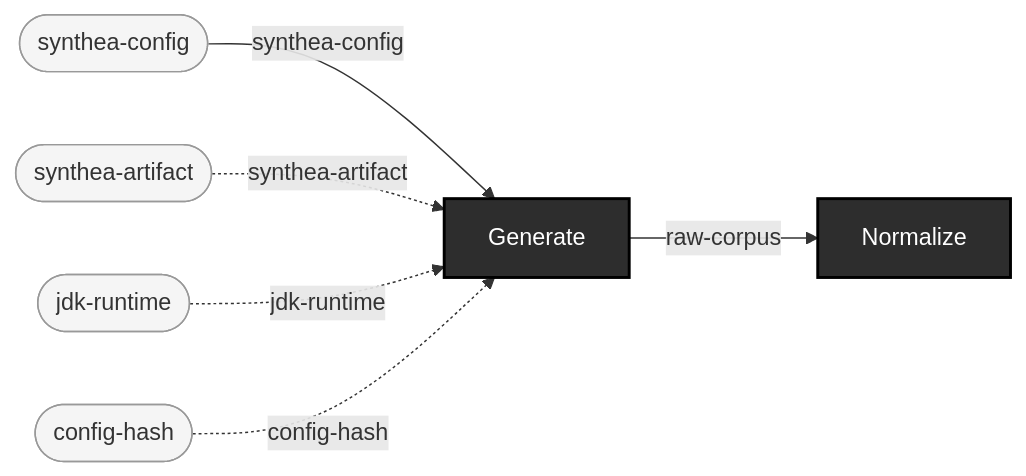
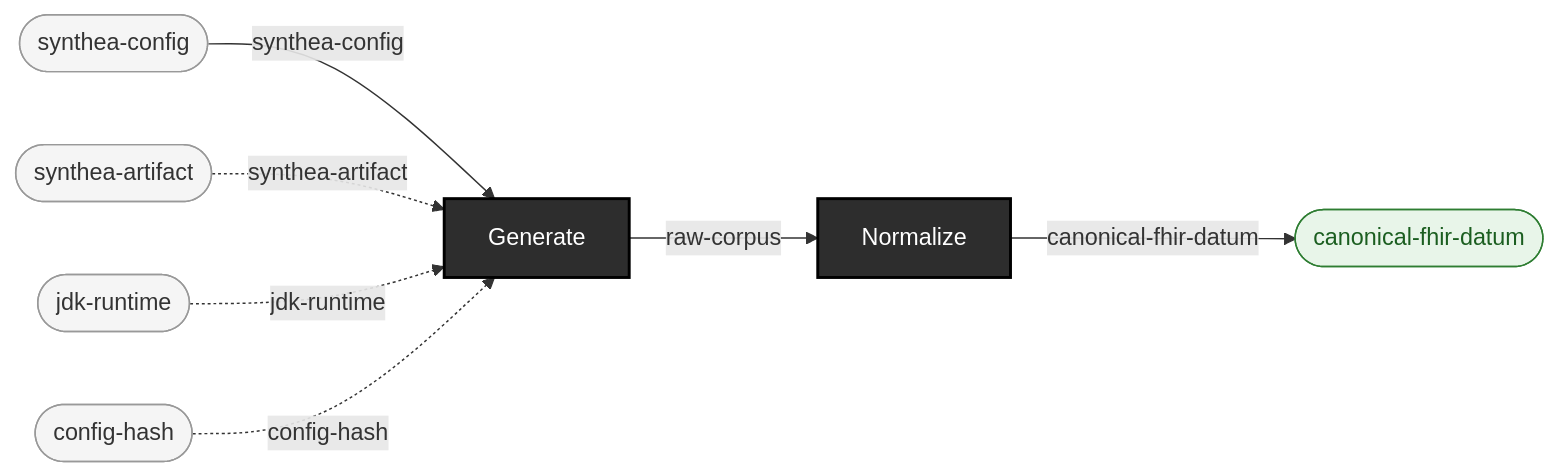
Before and after one commit to pragsmike/ehr-testing-tools: the diagram in docs/use-cases/generate-conforming-data.md, drawn with Mermaid. The commit also changed 21 other files, not shown here.

First line of the commit message:
docs: regenerate use-case pages and pipeline diagram with result nodes (mechanical, zero hand edits)

````diff
--- a/docs/use-cases/generate-conforming-data.md
+++ b/docs/use-cases/generate-conforming-data.md
@@ -42,35 +42,42 @@
 ```mermaid
 flowchart LR
 
     %% --- Source types (raw inputs, not produced by any operation) ---
     config_hash(["config-hash"])
     jdk_runtime(["jdk-runtime"])
     synthea_artifact(["synthea-artifact"])
     synthea_config(["synthea-config"])
 
     %% --- Operations (boxes; spiders use distinct shapes) ---
     Generate["Generate"]
     Normalize["Normalize"]
 
+    %% --- Result types (terminal outputs) ---
+    canonical_fhir_datum_out(["canonical-fhir-datum"])
+
     %% --- Wires (typed connections) ---
     %% Arrow 1: Generate
     synthea_config -- synthea-config --> Generate
     synthea_artifact -. synthea-artifact .-> Generate
     jdk_runtime -. jdk-runtime .-> Generate
     config_hash -. config-hash .-> Generate
 
     %% Arrow 2: Normalize
     Generate -- raw-corpus --> Normalize
+    Normalize -- "canonical-fhir-datum" --> canonical_fhir_datum_out
 
     %% --- Styling ---
 
     %% Operations: dark boxes (fan=blue, funnel=green, enrichment=outlined, gate=purple, external=dashed)
     style Generate fill:#2d2d2d,stroke:#000,color:#fff,stroke-width:2px
     style Normalize fill:#2d2d2d,stroke:#000,color:#fff,stroke-width:2px
 
     %% Source types: light rounded
     style config_hash fill:#f5f5f5,stroke:#999,color:#333
     style jdk_runtime fill:#f5f5f5,stroke:#999,color:#333
     style synthea_artifact fill:#f5f5f5,stroke:#999,color:#333
     style synthea_config fill:#f5f5f5,stroke:#999,color:#333
+
+    %% Result types (terminal outputs): green rounded
+    style canonical_fhir_datum_out fill:#e8f5e9,stroke:#2e7d32,color:#1b5e20
 ```
````
